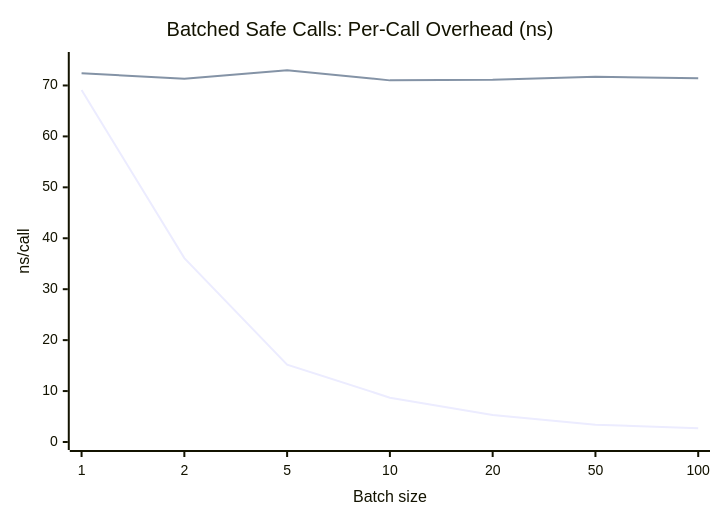
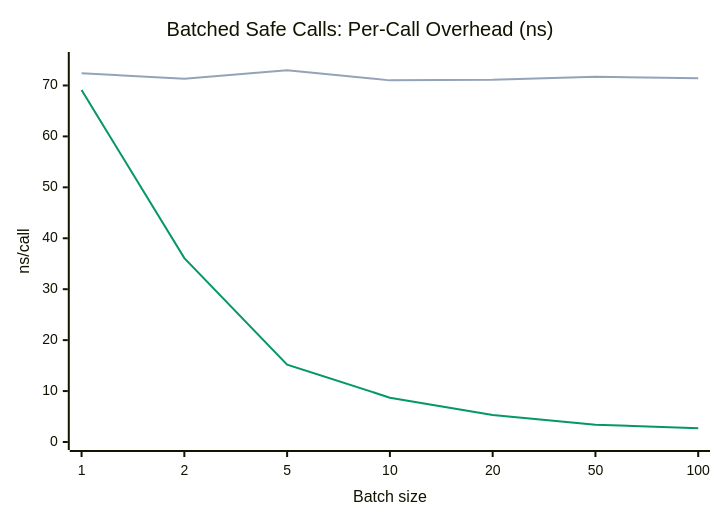
The sixth of 6 diagrams in docs/index.md (jhhuh/ghc-openmp), drawn with Mermaid before and after one commit. The commit also changed other lines of this file and 3 other files, not shown here.

First line of the commit message:
Improve chart aesthetics and add local docs preview

```diff
--- a/docs/index.md
+++ b/docs/index.md
@@ -903,8 +907,9 @@
 <pre class="mermaid">
+%%{init: {'theme':'neutral','themeVariables':{'xyChart':{'plotColorPalette':'#059669,#94a3b8'}}}}%%
 xychart-beta
   title "Batched Safe Calls: Per-Call Overhead (ns)"
   x-axis "Batch size" ["1", "2", "5", "10", "20", "50", "100"]
   y-axis "ns/call" 0 --> 75
   line "Cmm batched" [69.1, 36.1, 15.2, 8.7, 5.3, 3.4, 2.7]
   line "Standard safe" [72.4, 71.3, 73.0, 71.0, 71.1, 71.7, 71.4]
 </pre>
```
